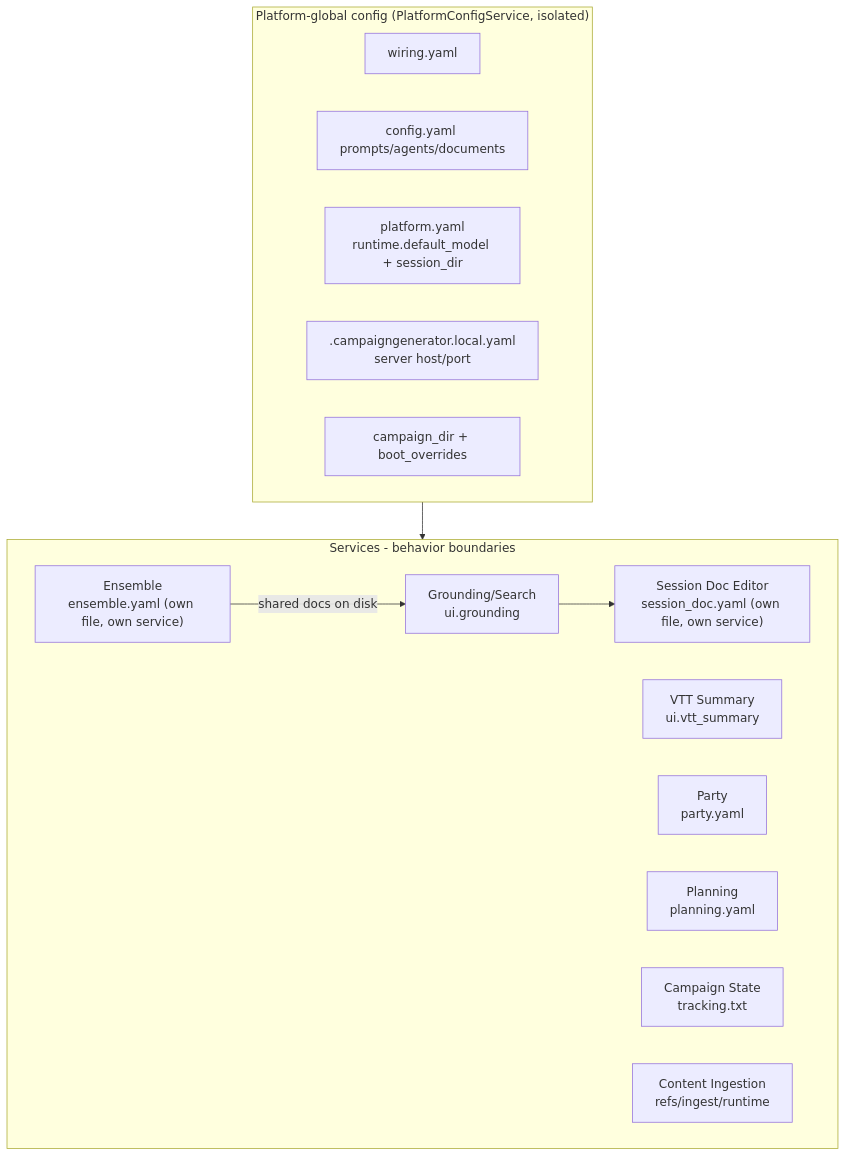
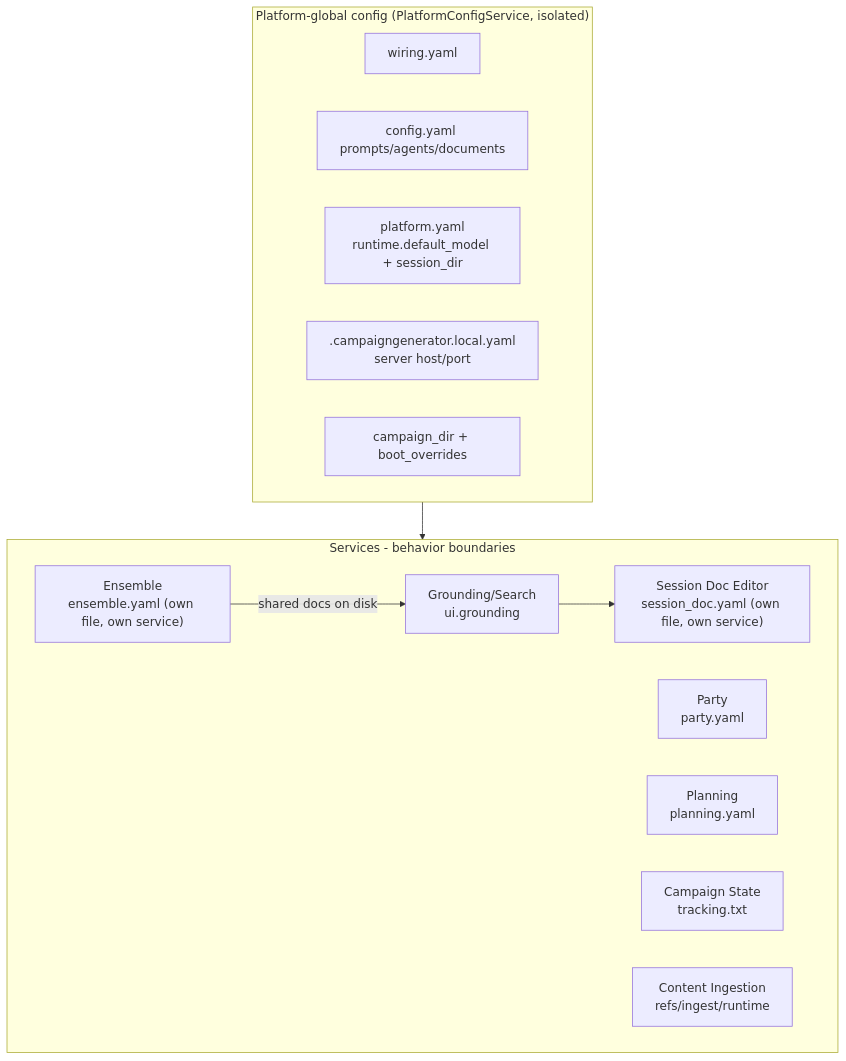
The diagram in docs/config/service-cut.md (kostadis/CampaignGenerator), drawn with Mermaid before and after one commit. The commit also changed other lines of this file and 69 other files, not shown here.

````diff
--- a/docs/config/service-cut.md
+++ b/docs/config/service-cut.md
@@ -13,23 +13,22 @@
 ```mermaid
 flowchart TB
   subgraph Platform["Platform-global config (PlatformConfigService, isolated)"]
     WI[wiring.yaml]
     CY[config.yaml prompts/agents/documents]
     RT["platform.yaml<br/>runtime.default_model + session_dir"]
     SRV[".campaigngenerator.local.yaml<br/>server host/port"]
     ROOT[campaign_dir + boot_overrides]
   end
   subgraph Services[Services - behavior boundaries]
     SD["Session Doc Editor<br/>session_doc.yaml (own file, own service)"]
     EN["Ensemble<br/>ensemble.yaml (own file, own service)"]
-    VT["VTT Summary<br/>ui.vtt_summary"]
     GR["Grounding/Search<br/>ui.grounding"]
     PA["Party<br/>party.yaml"]
     PL["Planning<br/>planning.yaml"]
     CST["Campaign State<br/>tracking.txt"]
     CI["Content Ingestion<br/>refs/ingest/runtime"]
   end
   Platform --> Services
   EN -->|shared docs on disk| GR
   GR --> SD
 ```
````
